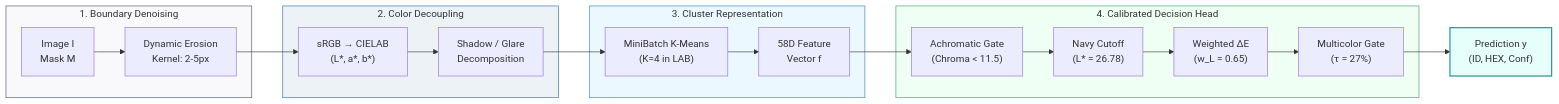
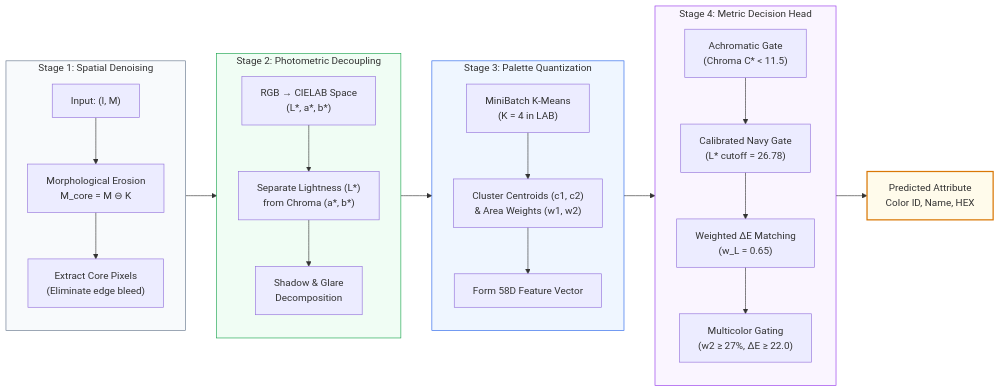
One commit to folklazy/Garment-Color-Extractor changed the diagram in README.md. Above: the diagram before and after it, drawn with Mermaid. The commit also changed other lines of this file, not shown here.

````diff
--- a/README.md
+++ b/README.md
@@ -32,31 +24,38 @@
 ```mermaid
 flowchart LR
-    subgraph S1 ["1. Boundary Denoising"]
-        A["Image I<br>Mask M"] --> B["Dynamic Erosion<br>Kernel: 2-5px"]
+    subgraph S1 ["Stage 1: Spatial Denoising"]
+        direction TB
+        A["Input: (I, M)"] --> B["Morphological Erosion<br>M_core = M ⊖ K"]
+        B --> C["Extract Core Pixels<br>(Eliminate edge bleed)"]
     end
 
-    subgraph S2 ["2. Color Decoupling"]
-        B --> C["sRGB → CIELAB<br>(L*, a*, b*)"]
-        C --> D["Shadow / Glare<br>Decomposition"]
+    subgraph S2 ["Stage 2: Photometric Decoupling"]
+        direction TB
+        D["RGB → CIELAB Space<br>(L*, a*, b*)"] --> E["Separate Lightness (L*)<br>from Chroma (a*, b*)"]
+        E --> F["Shadow & Glare<br>Decomposition"]
     end
 
-    subgraph S3 ["3. Cluster Representation"]
-        D --> E["MiniBatch K-Means<br>(K=4 in LAB)"]
-        E --> F["58D Feature<br>Vector f"]
+    subgraph S3 ["Stage 3: Palette Quantization"]
+        direction TB
+        G["MiniBatch K-Means<br>(K = 4 in LAB)"] --> H["Cluster Centroids (c1, c2)<br>& Area Weights (w1, w2)"]
+        H --> I["Form 58D Feature Vector"]
     end
 
-    subgraph S4 ["4. Calibrated Decision Head"]
-        F --> G["Achromatic Gate<br>(Chroma < 11.5)"]
-        G --> H["Navy Cutoff<br>(L* = 26.78)"]
-        H --> I["Weighted ΔE<br>(w_L = 0.65)"]
-        I --> J["Multicolor Gate<br>(τ = 27%)"]
+    subgraph S4 ["Stage 4: Metric Decision Head"]
+        direction TB
+        J["Achromatic Gate<br>(Chroma C* < 11.5)"] --> K["Calibrated Navy Gate<br>(L* cutoff = 26.78)"]
+        K --> L["Weighted ΔE Matching<br>(w_L = 0.65)"]
+        L --> M["Multicolor Gating<br>(w2 ≥ 27%, ΔE ≥ 22.0)"]
     end
 
-    J --> Out["Prediction y<br>(ID, HEX, Conf)"]
+    C --> D
+    F --> G
+    I --> J
+    M --> Out["Predicted Attribute<br>Color ID, Name, HEX"]
 
-    style S1 fill:#f9f9fb,stroke:#4a5568,stroke-width:1px
-    style S2 fill:#edf2f7,stroke:#2b6cb0,stroke-width:1px
-    style S3 fill:#ebf8ff,stroke:#3182ce,stroke-width:1px
-    style S4 fill:#f0fff4,stroke:#38a169,stroke-width:1px
-    style Out fill:#e6fffa,stroke:#319795,stroke-width:2px
+    style S1 fill:#f8fafc,stroke:#64748b,stroke-width:1px
+    style S2 fill:#f0fdf4,stroke:#16a34a,stroke-width:1px
+    style S3 fill:#eff6ff,stroke:#2563eb,stroke-width:1px
+    style S4 fill:#faf5ff,stroke:#9333ea,stroke-width:1px
+    style Out fill:#fffbeb,stroke:#d97706,stroke-width:2px
 ```
````
